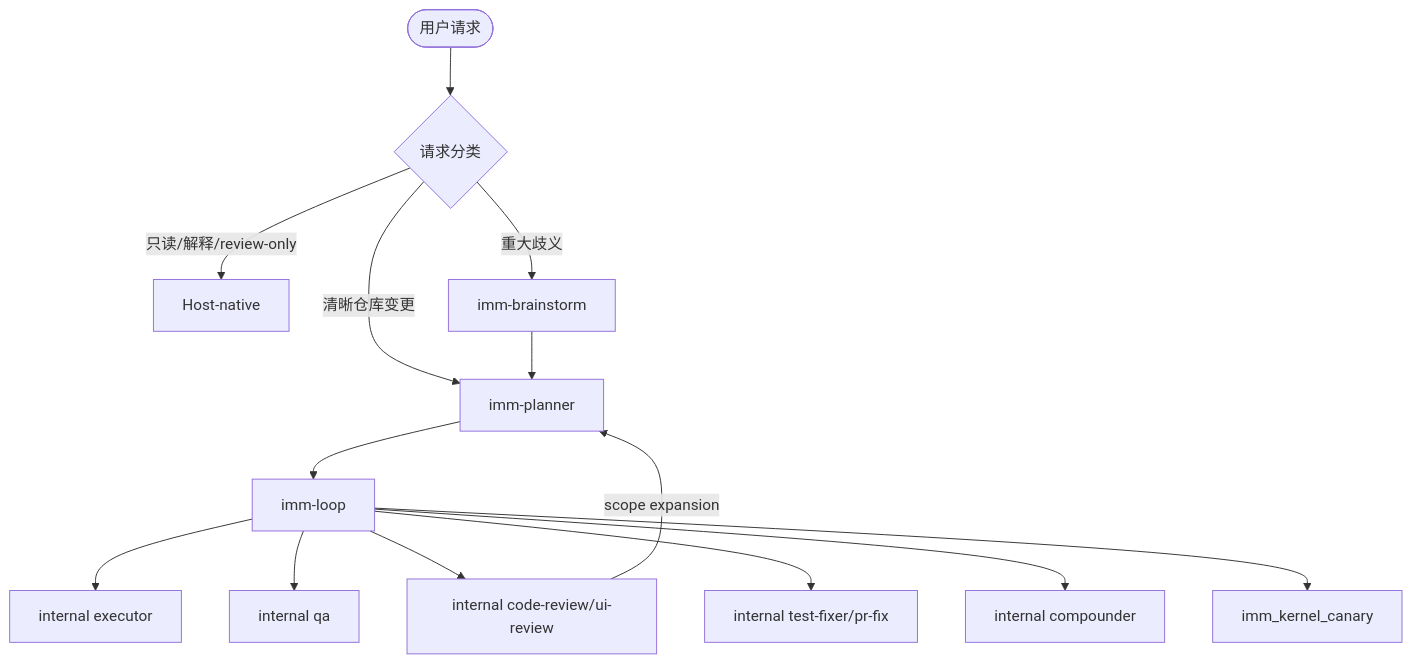
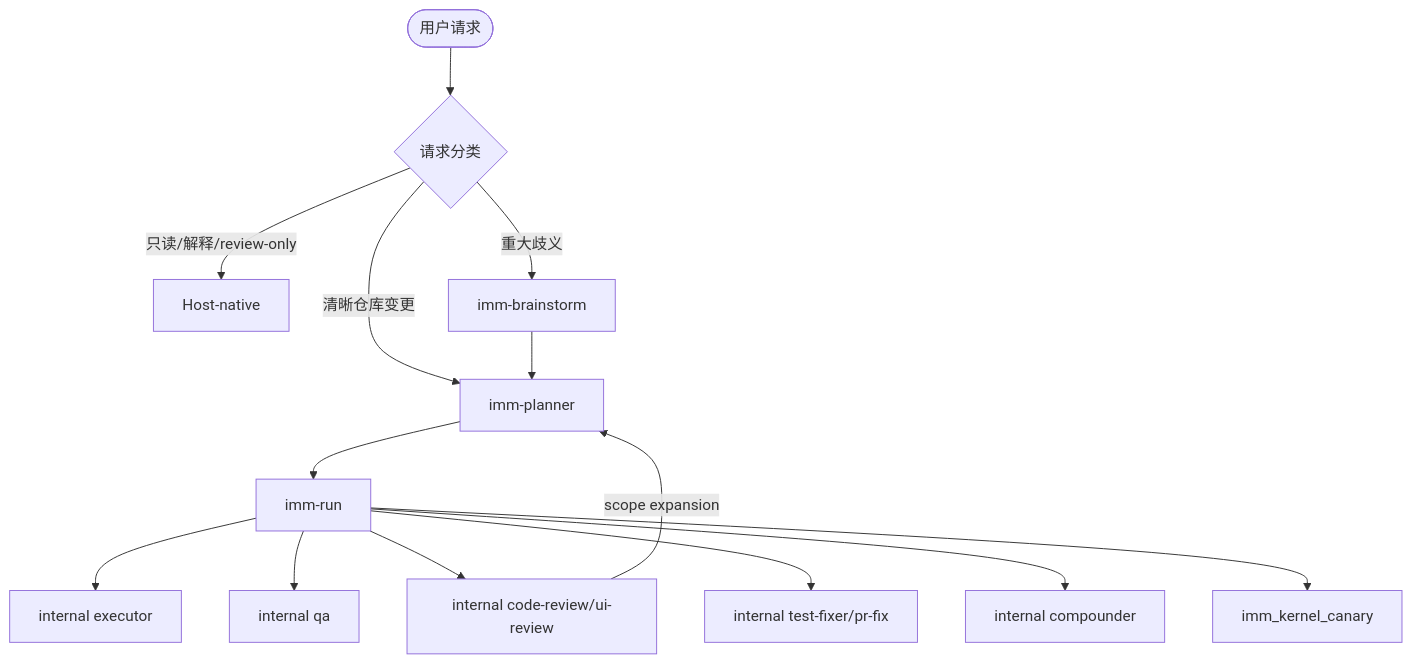
The diagram in docs/reference/immune-brain-skills-guide.md (dereknex/immune-brain), drawn with Mermaid before and after one commit. The commit also changed other lines of this file and 83 other files, not shown here.

````diff
--- a/docs/reference/immune-brain-skills-guide.md
+++ b/docs/reference/immune-brain-skills-guide.md
@@ -23,16 +23,16 @@
 ```mermaid
 graph TD
     User([用户请求]) --> Route{请求分类}
     Route -->|只读/解释/review-only| Host[Host-native]
     Route -->|重大歧义| Brainstorm[imm-brainstorm]
     Route -->|清晰仓库变更| Planner[imm-planner]
     Brainstorm --> Planner
-    Planner --> Loop[imm-loop]
+    Planner --> Loop[imm-run]
     Loop --> Executor[internal executor]
     Loop --> QA[internal qa]
     Loop --> Review[internal code-review/ui-review]
     Loop --> Repair[internal test-fixer/pr-fix]
     Loop --> Learn[internal compounder]
     Loop --> Kernel[imm_kernel_canary]
     Review -->|scope expansion| Planner
 ```
````
